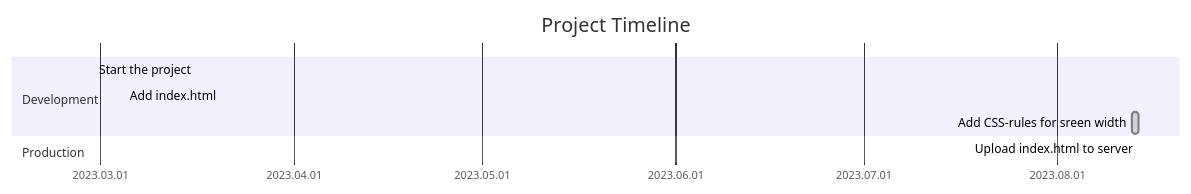
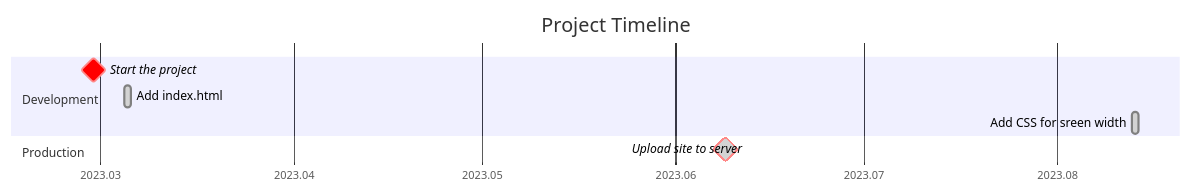
Before and after one commit to tropintropin/tropin: the first of 2 diagrams in README.md, drawn with Mermaid. The commit also changed other lines of this file, not shown here.

````diff
--- a/README.md
+++ b/README.md
@@ -21,13 +21,15 @@
 ```mermaid
 gantt
 title       Project Timeline
 dateFormat  YYYY.MM.DD
-axisFormat  %Y.%m.%d
+axisFormat  %Y.%m
 excludes    
+
 section     Development
-Start the project			:mileston,      2023.02.28,
-Add index.html				:mileston,		2023.03.05,
-Add CSS-rules for sreen width   :done,  css0,   2023.08.13, 1d
+Start the project					:milestone, crit,			2023.02.28,
+Add index.html						:done,				html0,	2023.03.05,	1d
+Add CSS for sreen width				:done,				css0,	2023.08.13, 1d
+
 section     Production
-Upload index.html to server	:done,
+Upload site to server				:milestone, crit, done,		2023.04.04
 ```
````
